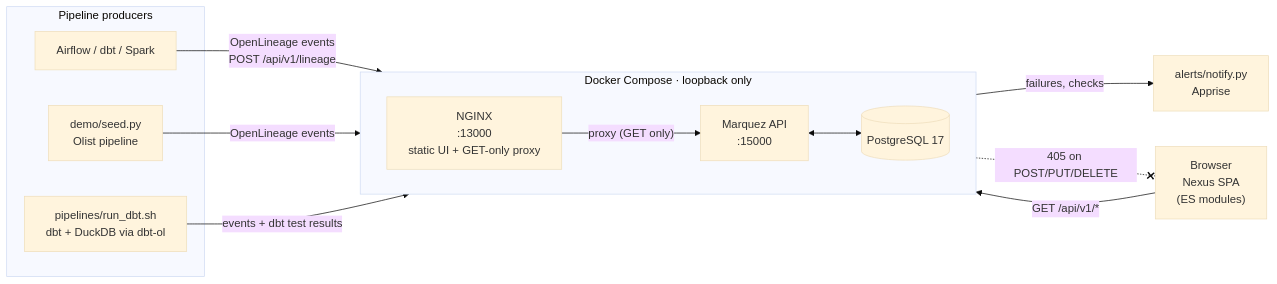
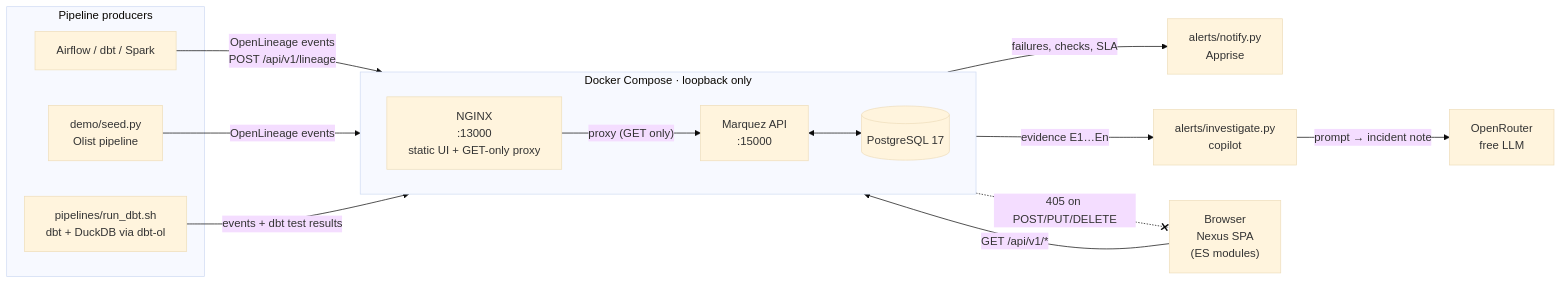
Before and after one commit to AyanbergenSaduakassov07/nexus: the first of 5 diagrams in README.md, drawn with Mermaid (base theme). The commit also changed other lines of this file and 1 other file, not shown here.

Commit message:
docs: refresh READMEs with copilot architecture, roadmap and credits

````diff
--- a/README.md
+++ b/README.md
@@ -91,28 +91,32 @@
 ```mermaid
 flowchart LR
     subgraph Producers["Pipeline producers"]
         A[Airflow / dbt / Spark]
         S[demo/seed.py<br/>Olist pipeline]
         T[pipelines/run_dbt.sh<br/>dbt + DuckDB via dbt-ol]
     end
 
     AL["alerts/notify.py<br/>Apprise"]
+    CP["alerts/investigate.py<br/>copilot"]
+    OR["OpenRouter<br/>free LLM"]
 
     subgraph Stack["Docker Compose · loopback only"]
         direction LR
         W["NGINX<br/>:13000<br/>static UI + GET-only proxy"]
         M["Marquez API<br/>:15000"]
         D[("PostgreSQL 17")]
     end
 
     B["Browser<br/>Nexus SPA<br/>(ES modules)"]
 
     A -- "OpenLineage events<br/>POST /api/v1/lineage" --> M
     S -- "OpenLineage events" --> M
     T -- "events + dbt test results" --> M
-    M -- "failures, checks" --> AL
+    M -- "failures, checks, SLA" --> AL
+    M -- "evidence E1…En" --> CP
+    CP -- "prompt → incident note" --> OR
     M <--> D
     B -- "GET /api/v1/*" --> W
     W -- "proxy (GET only)" --> M
     W -. "405 on POST/PUT/DELETE" .-x B
 ```
````
